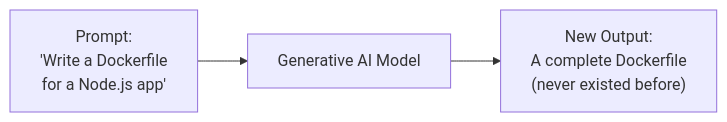
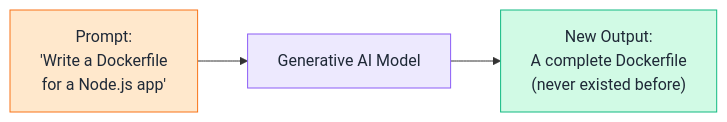
Before and after one commit to saghosh8/AI-For-DevOps: the second of 7 diagrams in Week 1 — LLM & GenAI Foundations/Day 1 — AI ML GenAI Basics.md, drawn with Mermaid. The commit also changed other lines of this file, not shown here.

````diff
--- a/Week 1 — LLM & GenAI Foundations/Day 1 — AI ML GenAI Basics.md
+++ b/Week 1 — LLM & GenAI Foundations/Day 1 — AI ML GenAI Basics.md
@@ -42,5 +56,15 @@
 ```mermaid
 flowchart LR
     A["Prompt:\n'Write a Dockerfile\nfor a Node.js app'"] --> B["Generative AI Model"]
     B --> C["New Output:\nA complete Dockerfile\n(never existed before)"]
+
+    classDef purple fill:#EDE9FE,stroke:#8B5CF6,color:#1F2937
+    classDef orange fill:#FFE8CC,stroke:#F97316,color:#1F2937
+    classDef green fill:#D1FAE5,stroke:#10B981,color:#1F2937
+    classDef blue fill:#DBEAFE,stroke:#3B82F6,color:#1F2937
+    classDef red fill:#FEE2E2,stroke:#EF4444,color:#1F2937
+
+    class A orange
+    class B purple
+    class C green
 ```
````
